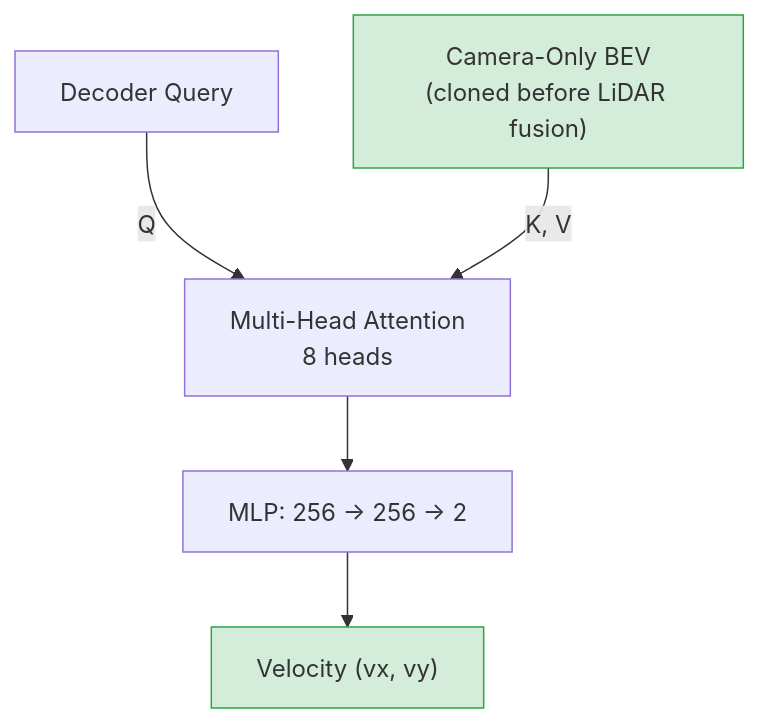
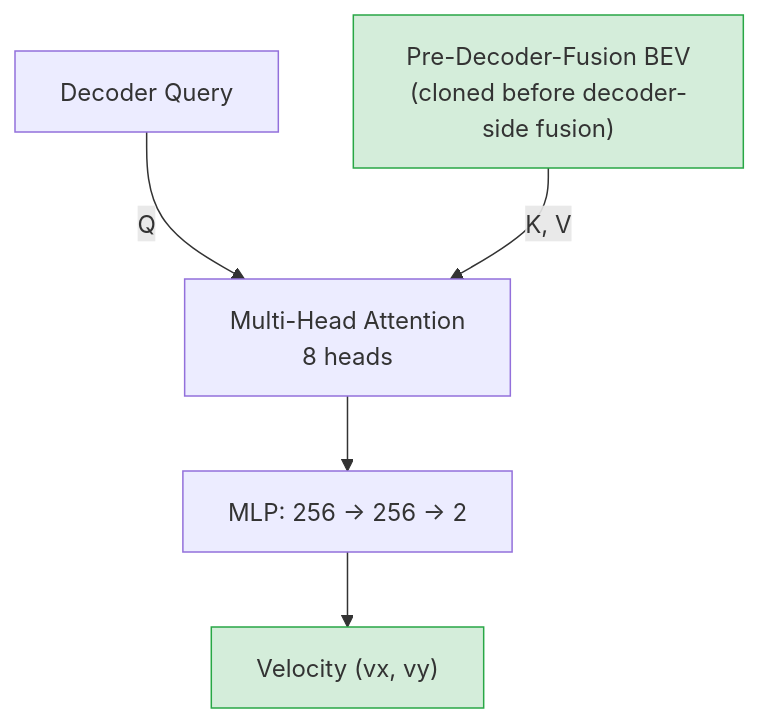
One commit to xiaotwu/BEVFormerFusion changed the third of 4 diagrams in doc/07-detection-heads.md. Above: the diagram before and after it, drawn with Mermaid. The commit also changed other lines of this file and 136 other files, not shown here.

````diff
--- a/doc/07-detection-heads.md
+++ b/doc/07-detection-heads.md
@@ -126,13 +126,13 @@
 ```mermaid
 graph TD
     DQ["Decoder Query"]
-    CAM["Camera-Only BEV<br/>(cloned before LiDAR fusion)"]
+    CAM["Pre-Decoder-Fusion BEV<br/>(cloned before decoder-side fusion)"]
 
     DQ -->|"Q"| MHA["Multi-Head Attention<br/>8 heads"]
     CAM -->|"K, V"| MHA
     MHA --> MLP["MLP: 256 → 256 → 2"]
     MLP --> VEL["Velocity (vx, vy)"]
 
     style CAM fill:#d4edda,stroke:#28a745
     style VEL fill:#d4edda,stroke:#28a745
 ```
````
